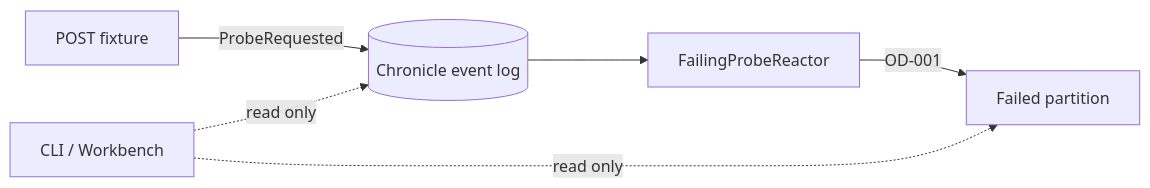
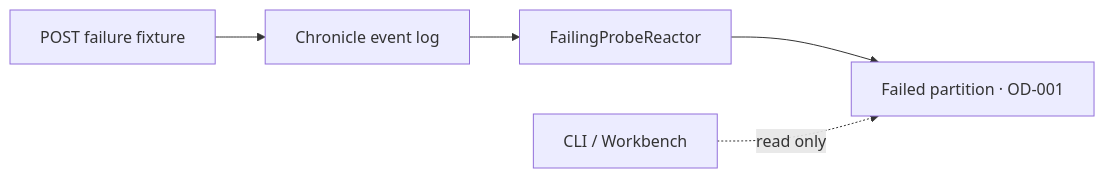
One commit to Cratis/Samples changed the diagram in Chronicle/OperationsDiagnosis/README.md. Above: the diagram before and after it, drawn with Mermaid. The commit also changed other lines of this file and 45 other files, not shown here.

````diff
--- a/Chronicle/OperationsDiagnosis/README.md
+++ b/Chronicle/OperationsDiagnosis/README.md
@@ -11,8 +19,7 @@
 ```mermaid
 flowchart LR
-    Trigger[POST fixture] -->|ProbeRequested| Log[(Chronicle event log)]
-    Log --> Reactor[FailingProbeReactor]
-    Reactor -->|OD-001| Failed[Failed partition]
-    CLI[CLI / Workbench] -. read only .-> Log
-    CLI -. read only .-> Failed
+    request[POST failure fixture] --> log[Chronicle event log]
+    log --> reactor[FailingProbeReactor]
+    reactor --> failure[Failed partition · OD-001]
+    cli[CLI / Workbench] -. read only .-> failure
 ```
````
